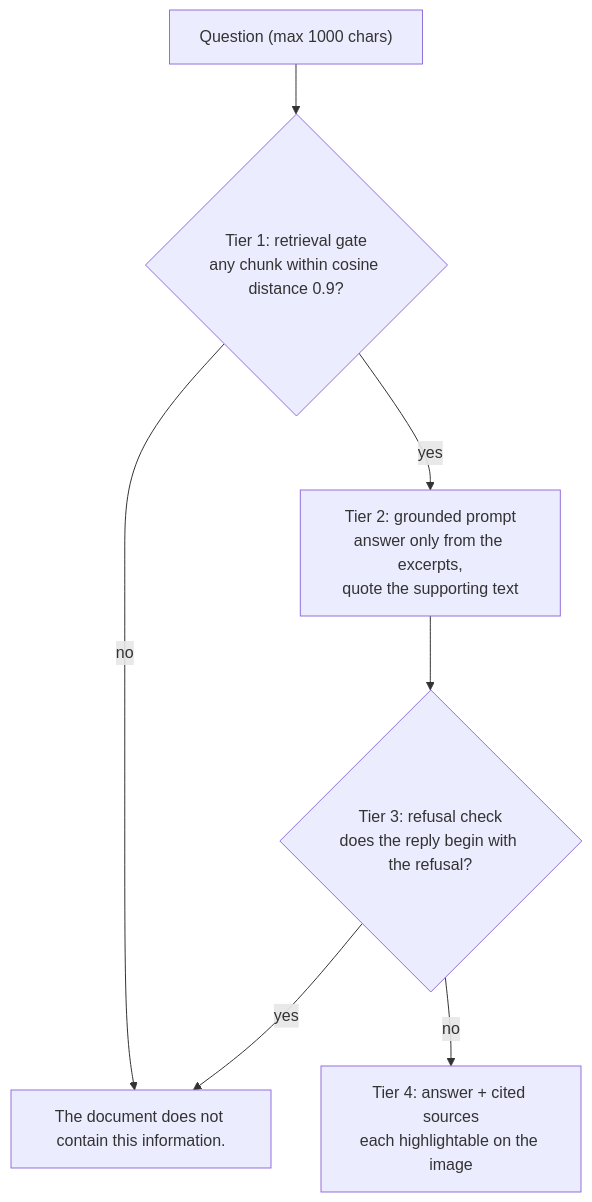
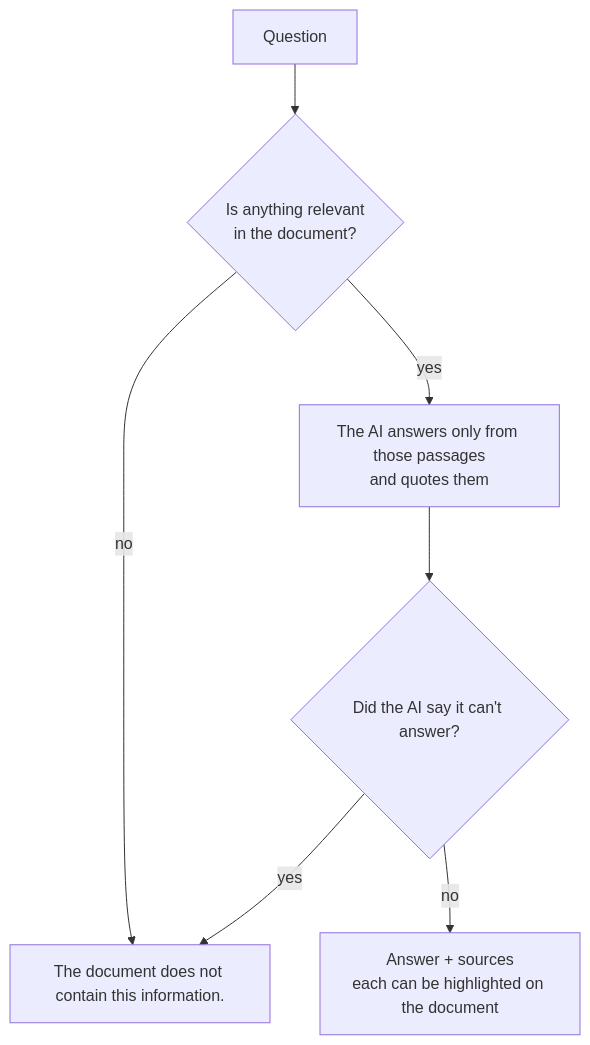
The second of 2 diagrams in README.md (DeeprajR/dl-reader), drawn with Mermaid before and after one commit. The commit also changed other lines of this file, not shown here.

````diff
--- a/README.md
+++ b/README.md
@@ -51,9 +48,9 @@
 ```mermaid
 flowchart TD
-    Q["Question (max 1000 chars)"] --> T1{"Tier 1: retrieval gate<br/>any chunk within cosine distance 0.9?"}
-    T1 -- no --> REF["The document does not contain this information."]
-    T1 -- yes --> T2["Tier 2: grounded prompt<br/>answer only from the excerpts,<br/>quote the supporting text"]
-    T2 --> T3{"Tier 3: refusal check<br/>does the reply begin with the refusal?"}
-    T3 -- yes --> REF
-    T3 -- no --> T4["Tier 4: answer + cited sources<br/>each highlightable on the image"]
+    Q["Question"] --> G1{"Is anything relevant<br/>in the document?"}
+    G1 -- no --> R["The document does not contain this information."]
+    G1 -- yes --> G2["The AI answers only from those passages<br/>and quotes them"]
+    G2 --> G3{"Did the AI say it can't answer?"}
+    G3 -- yes --> R
+    G3 -- no --> G4["Answer + sources<br/>each can be highlighted on the document"]
 ```
````
